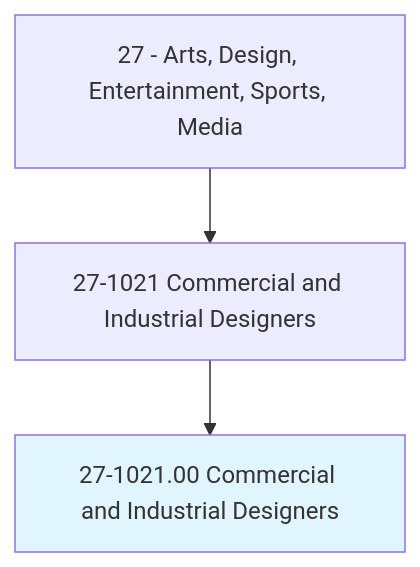
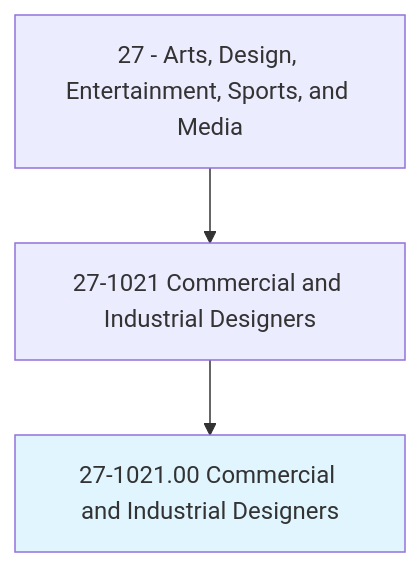
Before and after one commit to kziemski/business.org.ai: the first of 4 diagrams in occupations/ArtsMedia/CommercialAndIndustrialDesigners.mdx, drawn with Mermaid. The commit also changed other lines of this file and 938 other files, not shown here.

````diff
--- a/occupations/ArtsMedia/CommercialAndIndustrialDesigners.mdx
+++ b/occupations/ArtsMedia/CommercialAndIndustrialDesigners.mdx
@@ -19,6 +23,6 @@
 ```mermaid
 graph TD
-    Cat27["27 - Arts, Design, Entertainment, Sports, Media"] --> Group271021["27-1021 Commercial and Industrial Designers"]
+    Cat27["27 - Arts, Design, Entertainment, Sports, and Media"] --> Group271021["27-1021 Commercial and Industrial Designers"]
     Group271021 --> Current["27-1021.00 Commercial and Industrial Designers"]
     style Current fill:#e1f5fe
 ```
````
